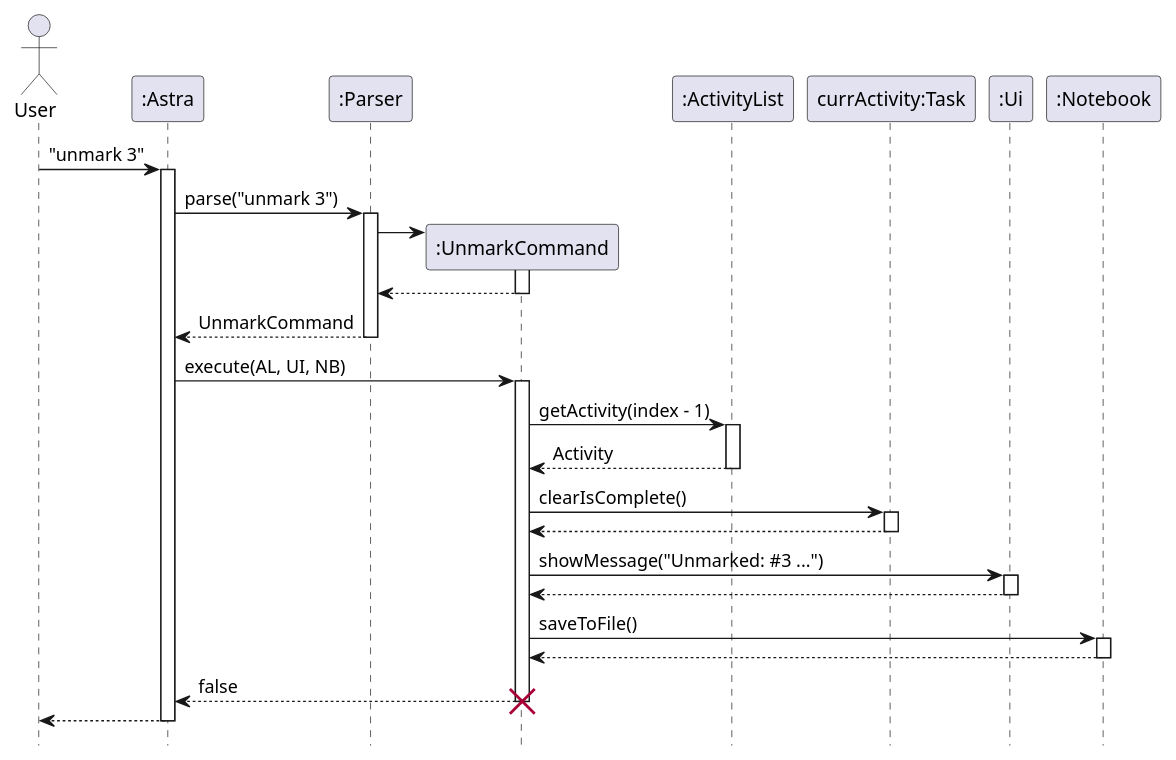
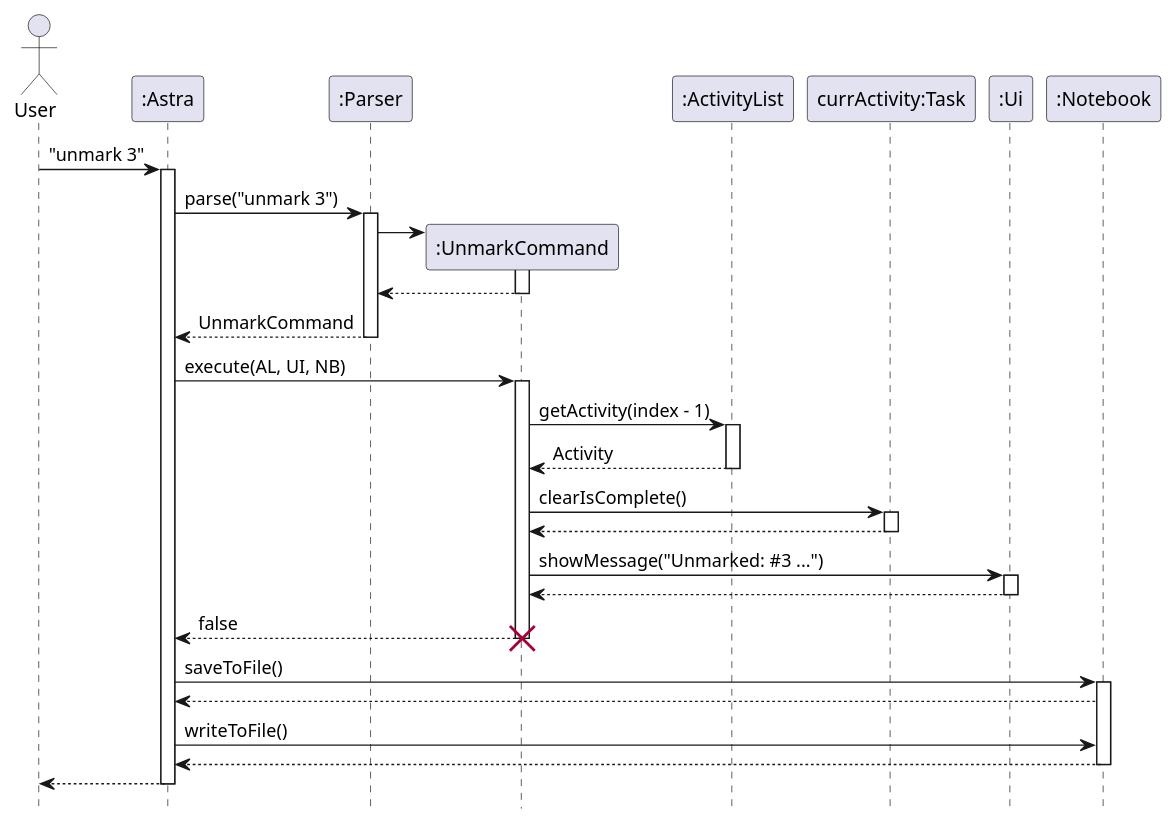
One commit to Kennahh/tp changed the diagram in docs/diagrams/unmark Command.puml. Above: the diagram before and after it, drawn with PlantUML. The commit also changed 9 other files, not shown here.

Commit message:
Update sequence diagrams for AddCommnd, ChangePriorityCommand, UnmarkCommand, DeleteCommand

```diff
--- a/docs/diagrams/unmark Command.puml
+++ b/docs/diagrams/unmark Command.puml
@@ -1,65 +1,67 @@
 @startuml
 'https://plantuml.com/sequence-diagram
 hide footbox
 actor User
 participant ":Astra" as Astra
 participant ":Parser" as Parser
 participant ":UnmarkCommand" as UnmarkCommand
 participant ":ActivityList" as ActivityList
 participant "currActivity:Task" as Task
 participant ":Ui" as Ui
 participant ":Notebook" as Notebook
 
 ' Step 1: User input is parsed
 User -> Astra : "unmark 3"
 activate Astra
 Astra -> Parser: parse("unmark 3")
 activate Parser
 
 ' Parser creates UnmarkCommand
 create UnmarkCommand
 Parser -> UnmarkCommand
 activate UnmarkCommand
 UnmarkCommand --> Parser
 deactivate UnmarkCommand
 
 ' Parser returns command to user
 Parser --> Astra : UnmarkCommand
 deactivate Parser
 
 ' Step 2: User executes the command
 Astra -> UnmarkCommand : execute(AL, UI, NB)
 activate UnmarkCommand
 
 ' Get activity from the list
 UnmarkCommand -> ActivityList : getActivity(index - 1)
 activate ActivityList
 ActivityList --> UnmarkCommand : Activity
 deactivate ActivityList
 
 ' Check if it is a Task and unmark it
 UnmarkCommand -> Task : clearIsComplete()
 activate Task
 Task --> UnmarkCommand
 deactivate Task
 
 ' Show confirmation message
 UnmarkCommand -> Ui : showMessage("Unmarked: #3 ...")
 activate Ui
 Ui --> UnmarkCommand
 deactivate Ui
 
 ' Save to file (optional)
-UnmarkCommand -> Notebook : saveToFile()
-activate Notebook
-Notebook --> UnmarkCommand
-deactivate Notebook
 
 ' Return false to User
 return false
 deactivate UnmarkCommand
 destroy UnmarkCommand
+Astra -> Notebook : saveToFile()
+activate Notebook
+Notebook --> Astra
+Astra -> Notebook : writeToFile()
+return
+deactivate Notebook
 Astra --> User
 deactivate Astra
 
 @enduml
```
